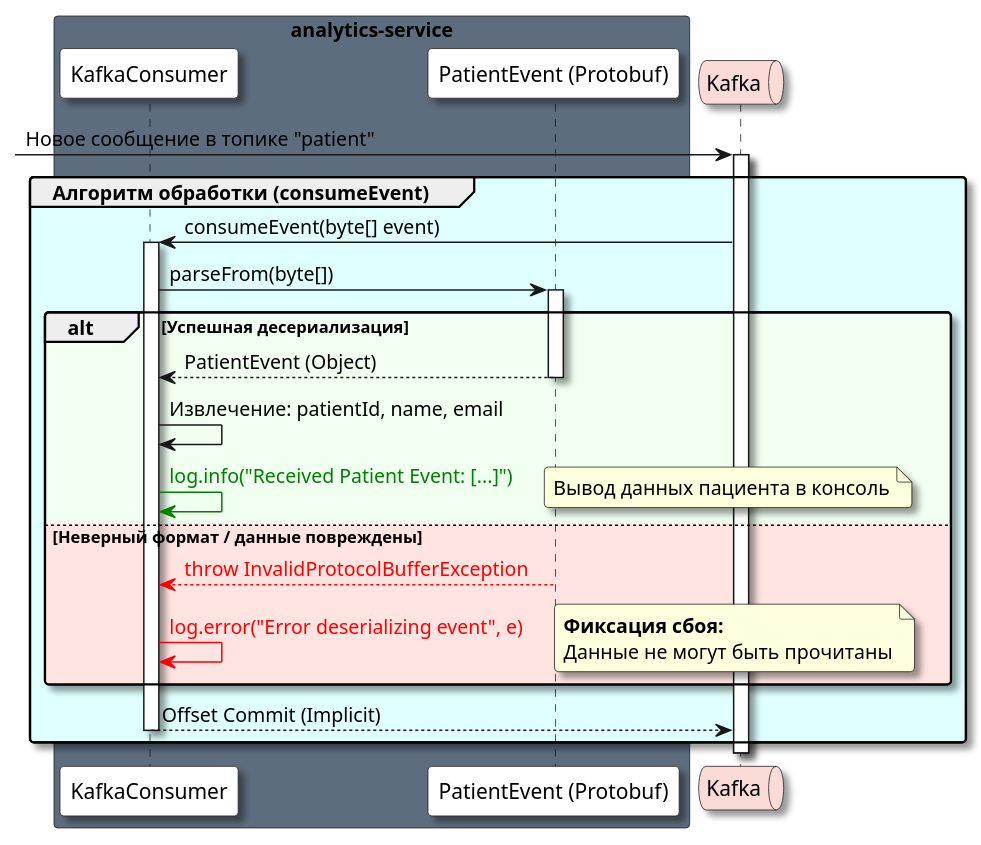
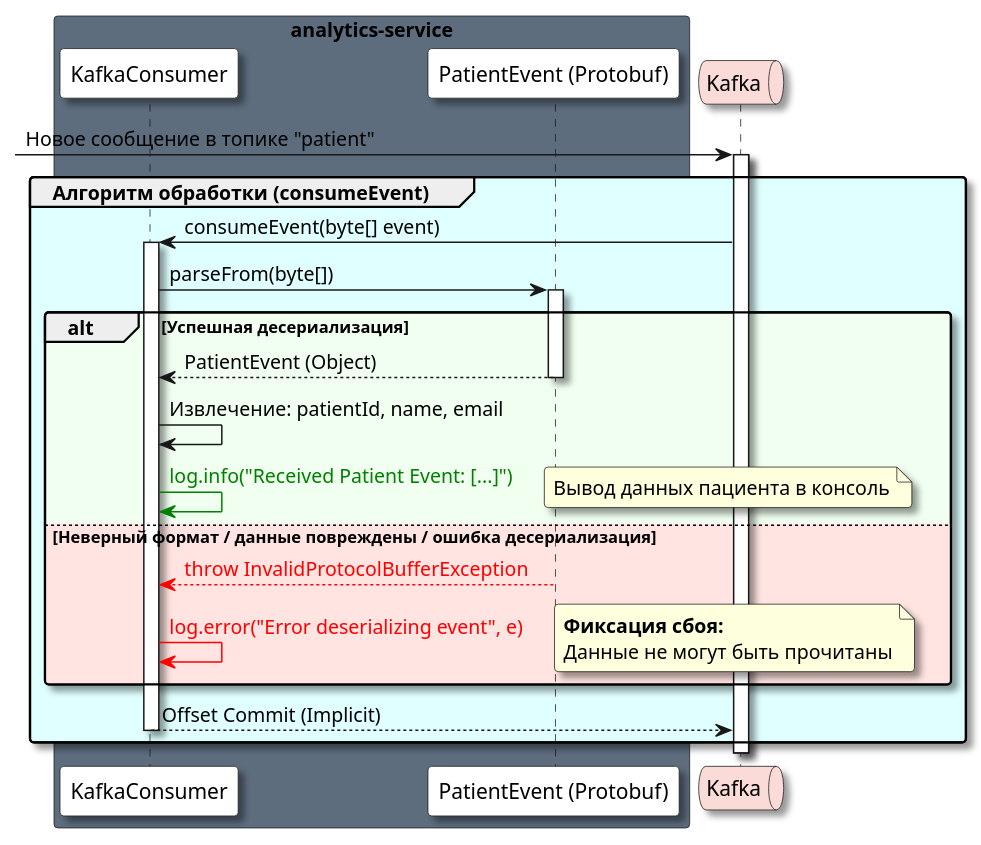
The diagram in Docs/As-is/Diagrams/PatientEventConsumer.puml (ni1a207/Healthcare-System), drawn with PlantUML before and after one commit. The commit also changed 14 other files, not shown here.

```diff
--- a/Docs/As-is/Diagrams/PatientEventConsumer.puml
+++ b/Docs/As-is/Diagrams/PatientEventConsumer.puml
@@ -1,46 +1,46 @@
 @startuml
 skinparam Shadowing true
 skinparam RoundCorner 5
 skinparam MaxMessageSize 250
 
 box "analytics-service"  #5D6D7E
     participant "KafkaConsumer" as Consumer #White
     participant "PatientEvent (Protobuf)" as Proto #White
 end box
 
 queue "Kafka" as KF #FADBD8
 
 [-> KF : Новое сообщение в топике "patient"
 activate KF
 
 group #LightCyan Алгоритм обработки (consumeEvent)
     KF -> Consumer : consumeEvent(byte[] event)
     activate Consumer
 
     Consumer -> Proto : parseFrom(byte[])
     activate Proto
 
     alt #HoneyDew Успешная десериализация
         Proto --> Consumer : PatientEvent (Object)
         deactivate Proto
 
         Consumer -> Consumer : Извлечение: patientId, name, email
 
         Consumer -[#green]> Consumer : <color:#green>log.info("Received Patient Event: [...]")</color>
         note right: Вывод данных пациента в консоль
 
-    else #MistyRose Неверный формат / данные повреждены
+    else #MistyRose Неверный формат / данные повреждены / ошибка десериализация
         Proto --[#red]> Consumer : <color:#red>throw InvalidProtocolBufferException</color>
         deactivate Proto
 
         Consumer -[#red]> Consumer : <color:#red>log.error("Error deserializing event", e)</color>
         note right: **Фиксация сбоя:**\nДанные не могут быть прочитаны
     end
 KF <-- Consumer : Offset Commit (Implicit)
 
     deactivate Consumer
 end
 
 deactivate KF
 
 @enduml
```
